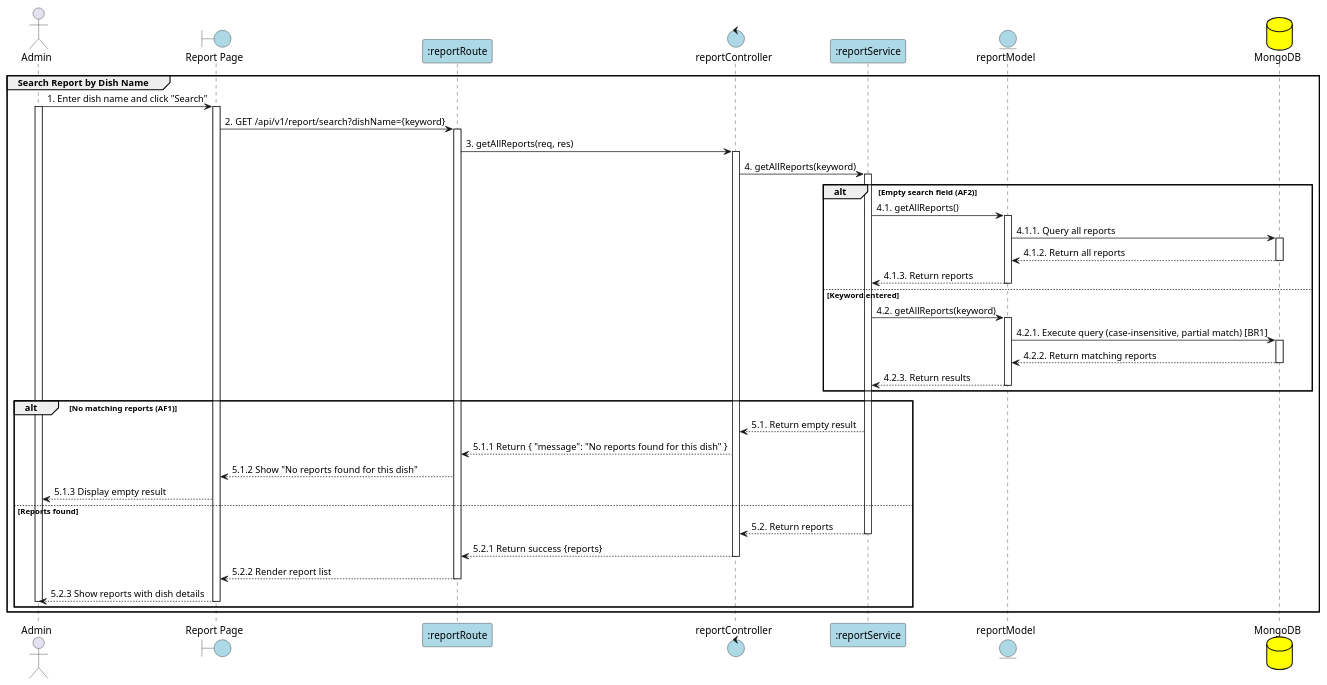
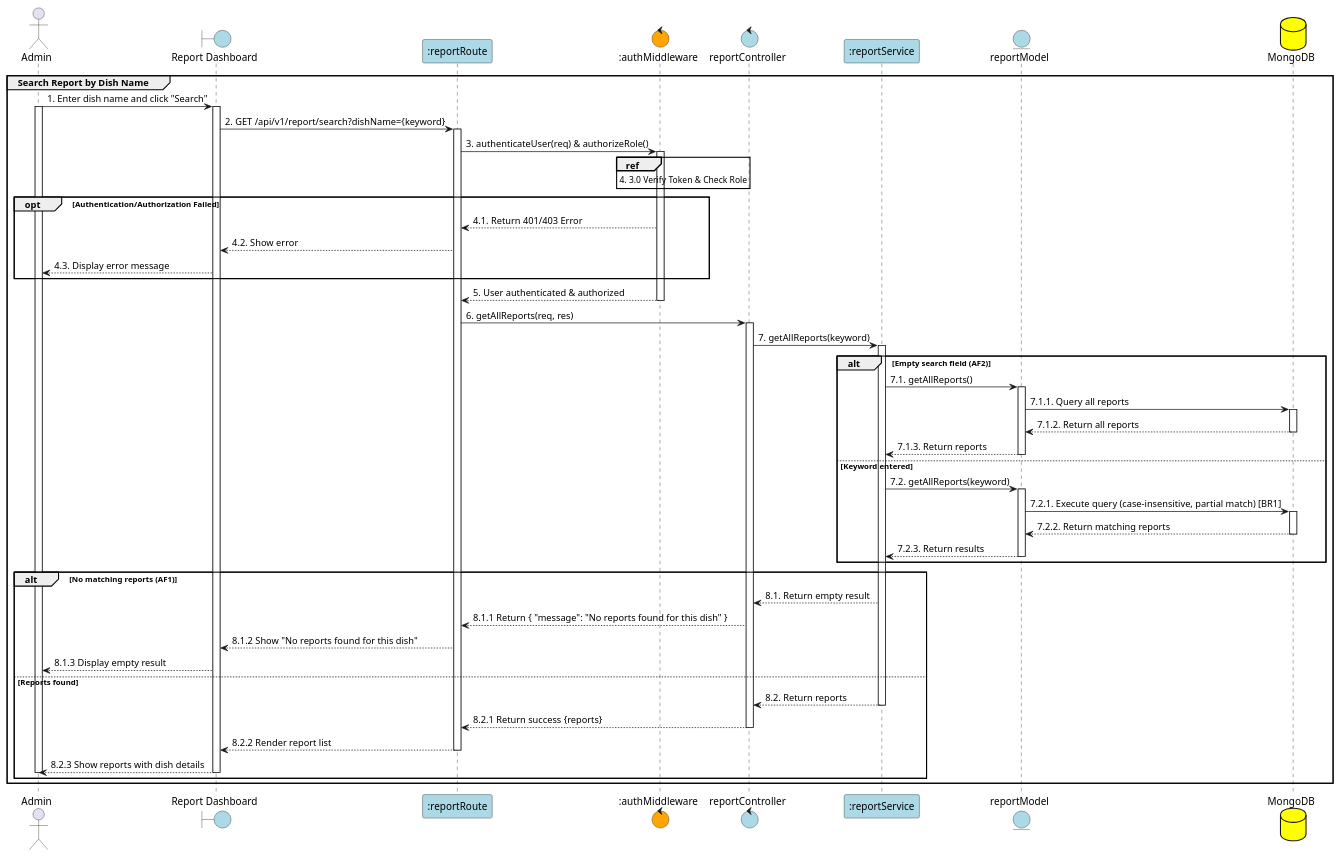
The diagram in PlanUML/51_searchReport.puml (Aohkne/CaloCook), drawn with PlantUML before and after one commit. The commit also changed 18 other files, not shown here.

```diff
--- a/PlanUML/51_searchReport.puml
+++ b/PlanUML/51_searchReport.puml
@@ -1,63 +1,76 @@
 @startuml SearchReportByDish
 
 actor Admin
-boundary "Report Page" as View #lightblue
+boundary "Report Dashboard" as View #lightblue
 participant ":reportRoute" as Route #lightblue
+control ":authMiddleware" as Auth #Orange
 control "reportController" as Controller #lightblue
 participant ":reportService" as Service #lightblue
 entity "reportModel" as Model #lightblue
 database "MongoDB" as MongoDB #yellow
 
 group Search Report by Dish Name
 Admin -> View: 1. Enter dish name and click "Search"
 activate Admin
 activate View
 
 View -> Route: 2. GET /api/v1/report/search?dishName={keyword}
 activate Route
 
-Route -> Controller: 3. getAllReports(req, res)
+Route -> Auth: 3. authenticateUser(req) & authorizeRole()
+activate Auth
+ref over Auth : 4. 3.0 Verify Token & Check Role
+
+opt Authentication/Authorization Failed
+    Auth --> Route: 4.1. Return 401/403 Error
+    Route --> View: 4.2. Show error
+    View --> Admin: 4.3. Display error message
+end
+Auth --> Route: 5. User authenticated & authorized
+deactivate Auth
+
+Route -> Controller: 6. getAllReports(req, res)
 activate Controller
 
-Controller -> Service: 4. getAllReports(keyword)
+Controller -> Service: 7. getAllReports(keyword)
 activate Service
 
 alt Empty search field (AF2)
-    Service -> Model: 4.1. getAllReports()
+    Service -> Model: 7.1. getAllReports()
     activate Model
-    Model -> MongoDB: 4.1.1. Query all reports
+    Model -> MongoDB: 7.1.1. Query all reports
     activate MongoDB
-    MongoDB --> Model: 4.1.2. Return all reports
+    MongoDB --> Model: 7.1.2. Return all reports
     deactivate MongoDB
-    Model --> Service: 4.1.3. Return reports
+    Model --> Service: 7.1.3. Return reports
     deactivate Model
 else Keyword entered
-    Service -> Model: 4.2. getAllReports(keyword)
+    Service -> Model: 7.2. getAllReports(keyword)
     activate Model
-    Model -> MongoDB: 4.2.1. Execute query (case-insensitive, partial match) [BR1]
+    Model -> MongoDB: 7.2.1. Execute query (case-insensitive, partial match) [BR1]
     activate MongoDB
-    MongoDB --> Model: 4.2.2. Return matching reports
+    MongoDB --> Model: 7.2.2. Return matching reports
     deactivate MongoDB
-    Model --> Service: 4.2.3. Return results
+    Model --> Service: 7.2.3. Return results
     deactivate Model
 end
 
 alt No matching reports (AF1)
-    Service --> Controller: 5.1. Return empty result
-    Controller --> Route: 5.1.1 Return { "message": "No reports found for this dish" }
-    Route --> View: 5.1.2 Show "No reports found for this dish"
-    View --> Admin: 5.1.3 Display empty result
+    Service --> Controller: 8.1. Return empty result
+    Controller --> Route: 8.1.1 Return { "message": "No reports found for this dish" }
+    Route --> View: 8.1.2 Show "No reports found for this dish"
+    View --> Admin: 8.1.3 Display empty result
 else Reports found
-    Service --> Controller: 5.2. Return reports
+    Service --> Controller: 8.2. Return reports
     deactivate Service
-    Controller --> Route: 5.2.1 Return success {reports}
+    Controller --> Route: 8.2.1 Return success {reports}
     deactivate Controller
-    Route --> View: 5.2.2 Render report list
+    Route --> View: 8.2.2 Render report list
     deactivate Route
-    View --> Admin: 5.2.3 Show reports with dish details
+    View --> Admin: 8.2.3 Show reports with dish details
     deactivate View
     deactivate Admin
 end
 
 end
 @enduml
```
